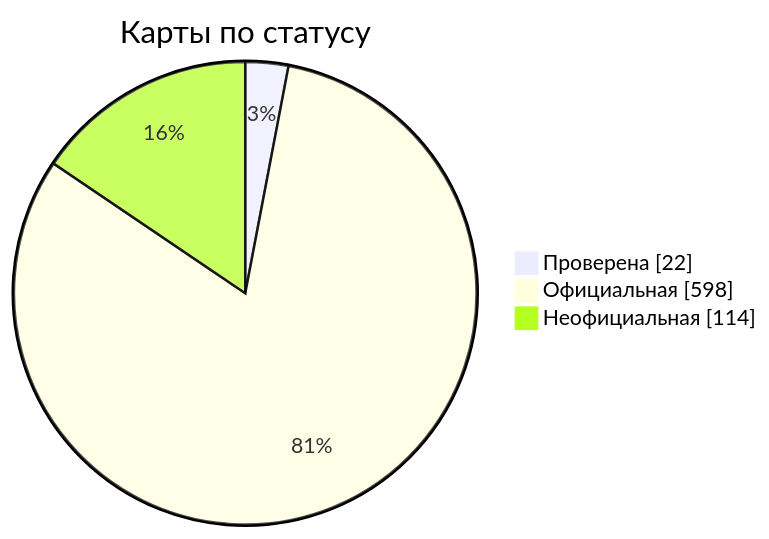
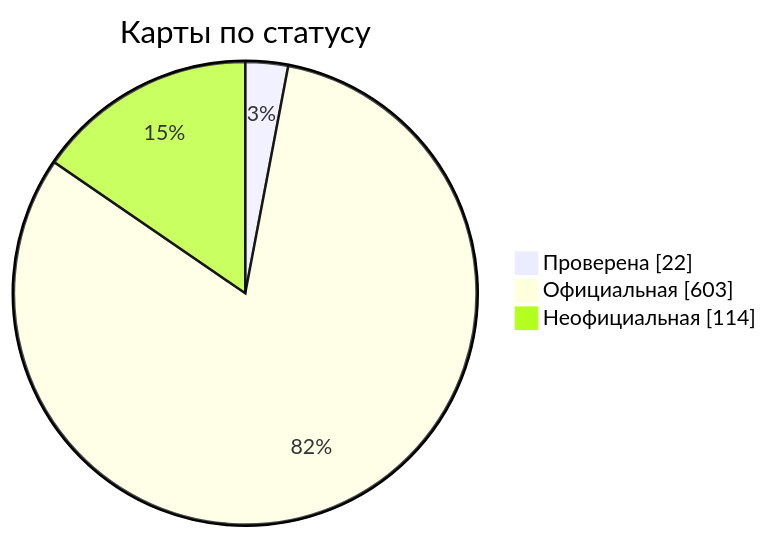
One commit to nobrega8/mbmap-library changed the diagram in docs/readme/README_RU.md. Above: the diagram before and after it, drawn with Mermaid. The commit also changed 10 other files, not shown here.

````diff
--- a/docs/readme/README_RU.md
+++ b/docs/readme/README_RU.md
@@ -54,7 +54,7 @@
 ```mermaid
 pie showData
     title Карты по статусу
     "Проверена" : 22
-    "Официальная" : 598
+    "Официальная" : 603
     "Неофициальная" : 114
 ```
````
